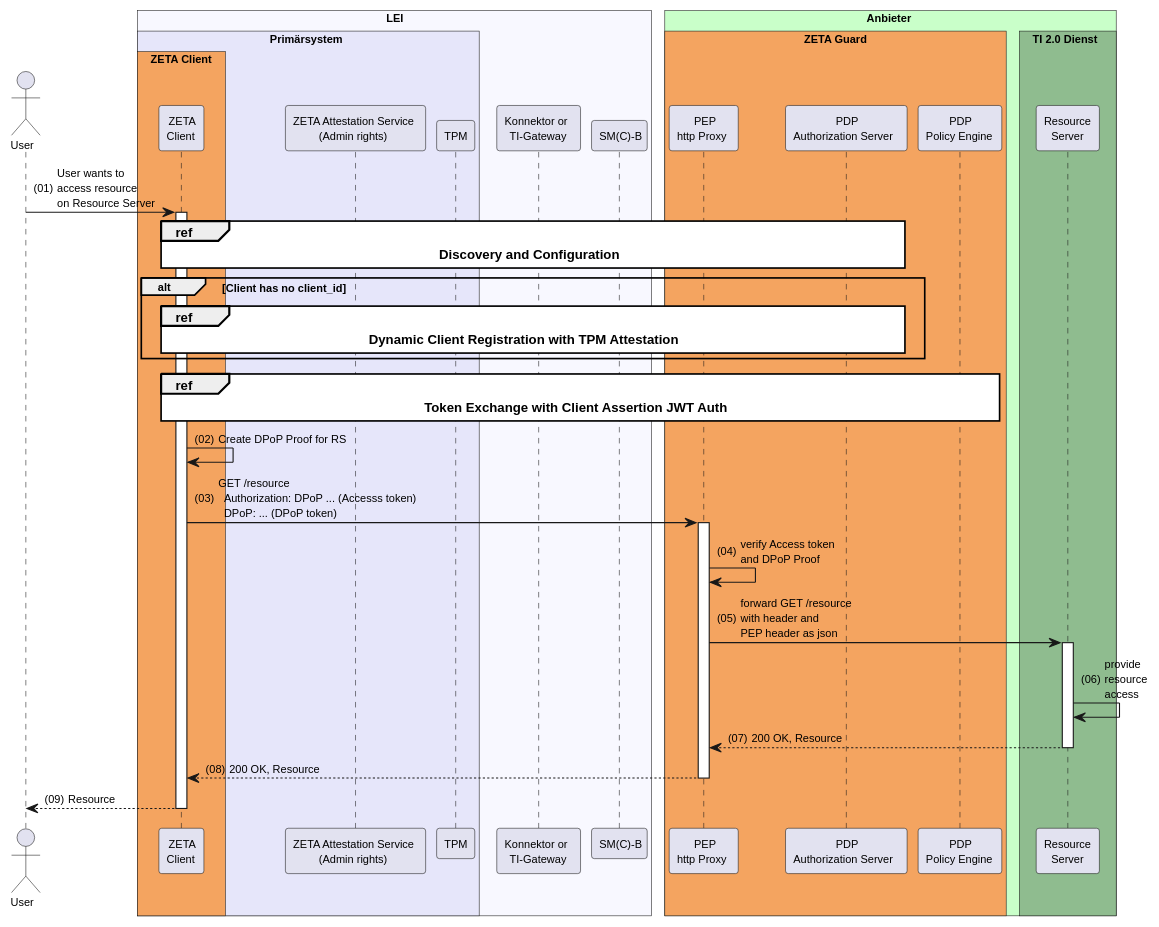
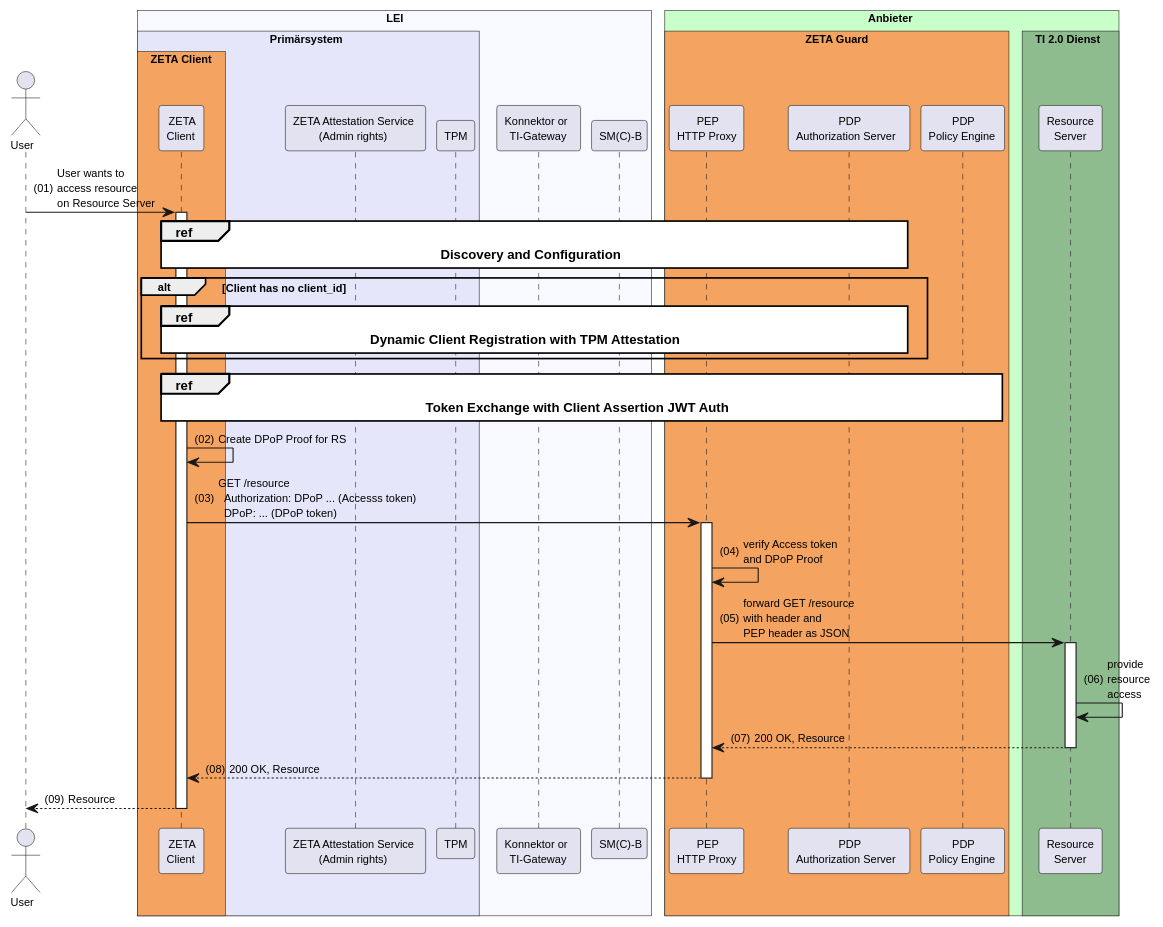
Before and after one commit to gematik/zeta: the diagram in src/plantuml/tpm-attestation-and-token-exchange/tpm-attestation-and-token-exchange-overview.puml, drawn with PlantUML. The commit also changed 2 other files, not shown here.

Commit message:
fix: Correct HTTP casing in PEP participant labels and update JSON references for consistency feat: Add required fields for nonce and openid providers in .well-known schema

```diff
--- a/src/plantuml/tpm-attestation-and-token-exchange/tpm-attestation-and-token-exchange-overview.puml
+++ b/src/plantuml/tpm-attestation-and-token-exchange/tpm-attestation-and-token-exchange-overview.puml
@@ -1,59 +1,59 @@
 @startuml "tpm-attestation-and-token-exchange-overview"
 autonumber "(00)"
 skinparam defaultFontSize 10
 skinparam defaultFontName Helvetica
 skinparam DefaultMonospacedFontName Courier
 skinparam lengthAdjust none
 skinparam sequenceReferenceBackgroundColor White
 skinparam SequenceReferenceFontSize 12
 /'skinparam SequenceReferenceFontStyle bold
 '/
 
 !pragma teoz true
 
 Actor User
 box "LEI" #GhostWhite
   box "Primärsystem" #Lavender
     box "ZETA Client" #SandyBrown
       participant Client as "ZETA\nClient"
     end box
     participant ZAS as "ZETA Attestation Service\n(Admin rights)"
     participant TPM as "TPM"
   end box
   participant Konnektor as "Konnektor or\nTI-Gateway"
   participant SMB as "SM(C)-B"
 end box
 
 box "Anbieter" #TECHNOLOGY
   box "ZETA Guard" #SandyBrown
-    participant HP as "PEP\nhttp Proxy"
+    participant HP as "PEP\nHTTP Proxy"
     participant AuthS as "PDP\nAuthorization Server" 
     participant PE as "PDP\nPolicy Engine"
   end box
     box TI 2.0 Dienst #DarkSeaGreen
       participant RS as "Resource\nServer"
     end box
 end box
 
 User -> Client ++ : User wants to\naccess resource\non Resource Server
 
 ref over Client, HP, AuthS: **Discovery and Configuration**
 alt Client has no client_id
     ref over Client, AuthS: **Dynamic Client Registration with TPM Attestation**
 end
 
 ref over Client, AuthS, PE: **Token Exchange with Client Assertion JWT Auth**
 
 Client -> Client: Create DPoP Proof for RS
 Client -> HP ++ : GET /resource\n\
   Authorization: DPoP ... (Accesss token)\n\
   DPoP: ... (DPoP token)
 HP -> HP: verify Access token\nand DPoP Proof
 HP -> RS ++ : forward GET /resource\n\
-with header and\nPEP header as json
+with header and\nPEP header as JSON
 RS -> RS: provide\nresource\naccess
 RS --> HP -- : 200 OK, Resource
 HP --> Client -- : 200 OK, Resource
 Client --> User -- : Resource
 
 @enduml
```
